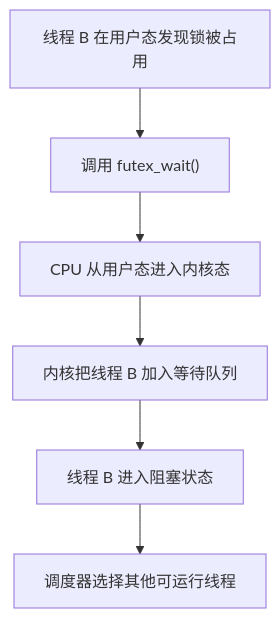
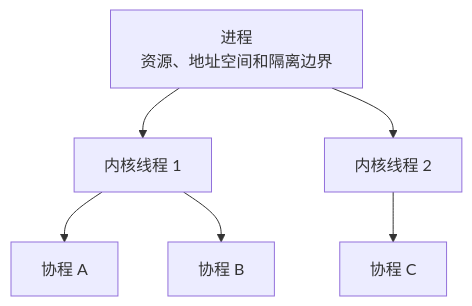
Before and after one commit to Fizgrad/fizgrad.github.io: the second of 36 diagrams in blog/os_review.md, drawn with Mermaid. The commit also changed other lines of this file and 1 other file, not shown here.

````diff
--- a/blog/os_review.md
+++ b/blog/os_review.md
@@ -1276,8 +317,15 @@
 ```mermaid
 flowchart TD
-    A["线程 B 在用户态发现锁被占用"] --> B["调用 futex_wait()"]
-    B --> C["CPU 从用户态进入内核态"]
-    C --> D["内核把线程 B 加入等待队列"]
-    D --> E["线程 B 进入阻塞状态"]
-    E --> F["调度器选择其他可运行线程"]
+    P["进程<br/>资源、地址空间和隔离边界"]
+    T1["内核线程 1"]
+    T2["内核线程 2"]
+    C1["协程 A"]
+    C2["协程 B"]
+    C3["协程 C"]
+
+    P --> T1
+    P --> T2
+    T1 --> C1
+    T1 --> C2
+    T2 --> C3
 ```
````
